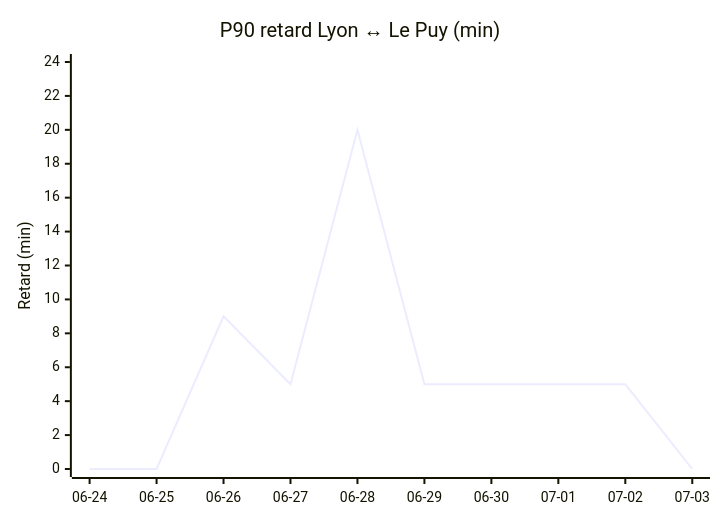
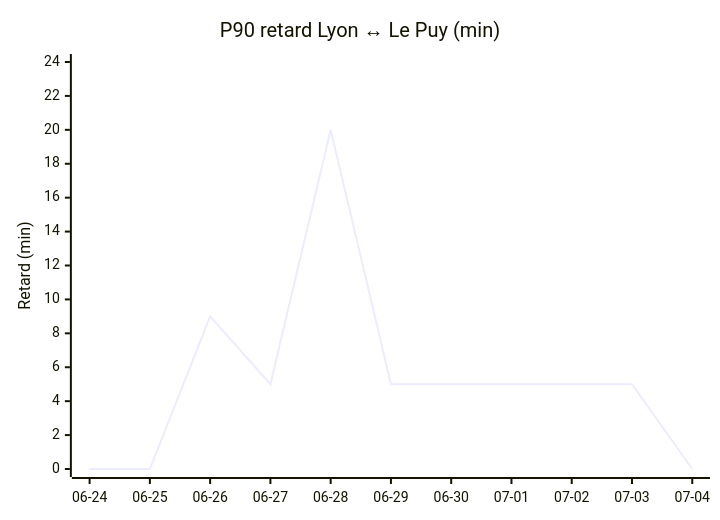
Before and after one commit to antoinerep/horaire-ter: the third of 4 diagrams in STATS.md, drawn with Mermaid. The commit also changed other lines of this file and 1 other file, not shown here.

````diff
--- a/STATS.md
+++ b/STATS.md
@@ -82,7 +83,7 @@
 ```mermaid
 xychart-beta
     title "P90 retard Lyon ↔ Le Puy (min)"
-    x-axis ["06-24", "06-25", "06-26", "06-27", "06-28", "06-29", "06-30", "07-01", "07-02", "07-03"]
+    x-axis ["06-24", "06-25", "06-26", "06-27", "06-28", "06-29", "06-30", "07-01", "07-02", "07-03", "07-04"]
     y-axis "Retard (min)" 0 --> 24
-    line [0.0, 0.0, 9.0, 5.0, 20.0, 5.0, 5.0, 5.0, 5.0, 0.0]
+    line [0.0, 0.0, 9.0, 5.0, 20.0, 5.0, 5.0, 5.0, 5.0, 5.0, 0.0]
 ```
````
